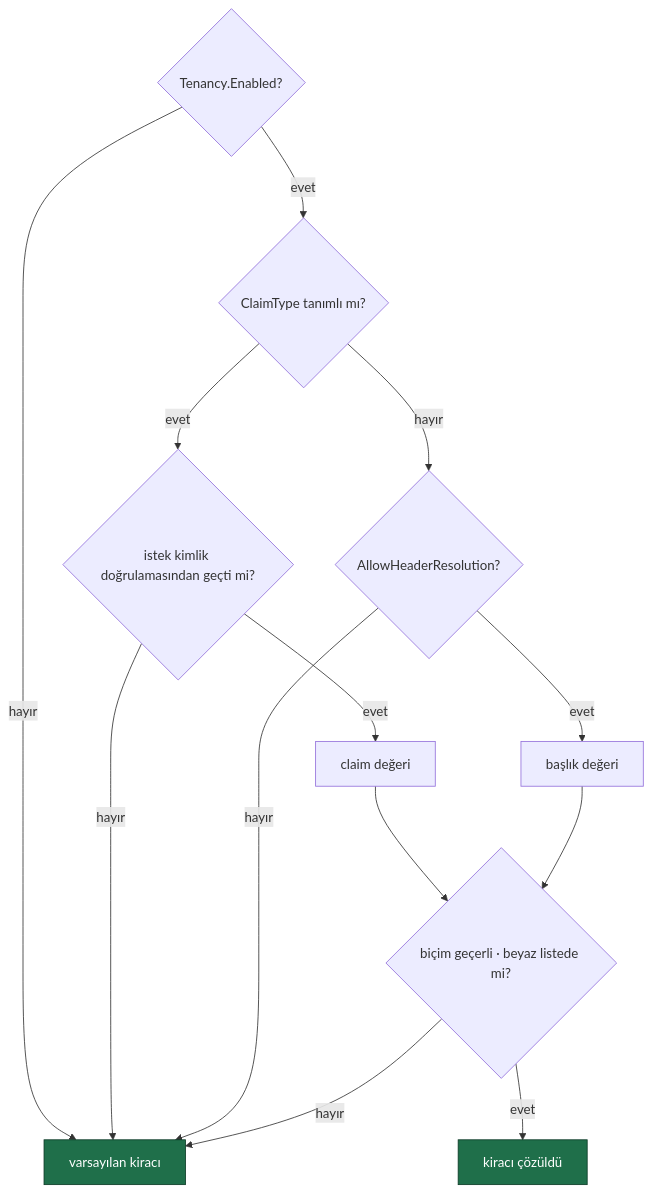
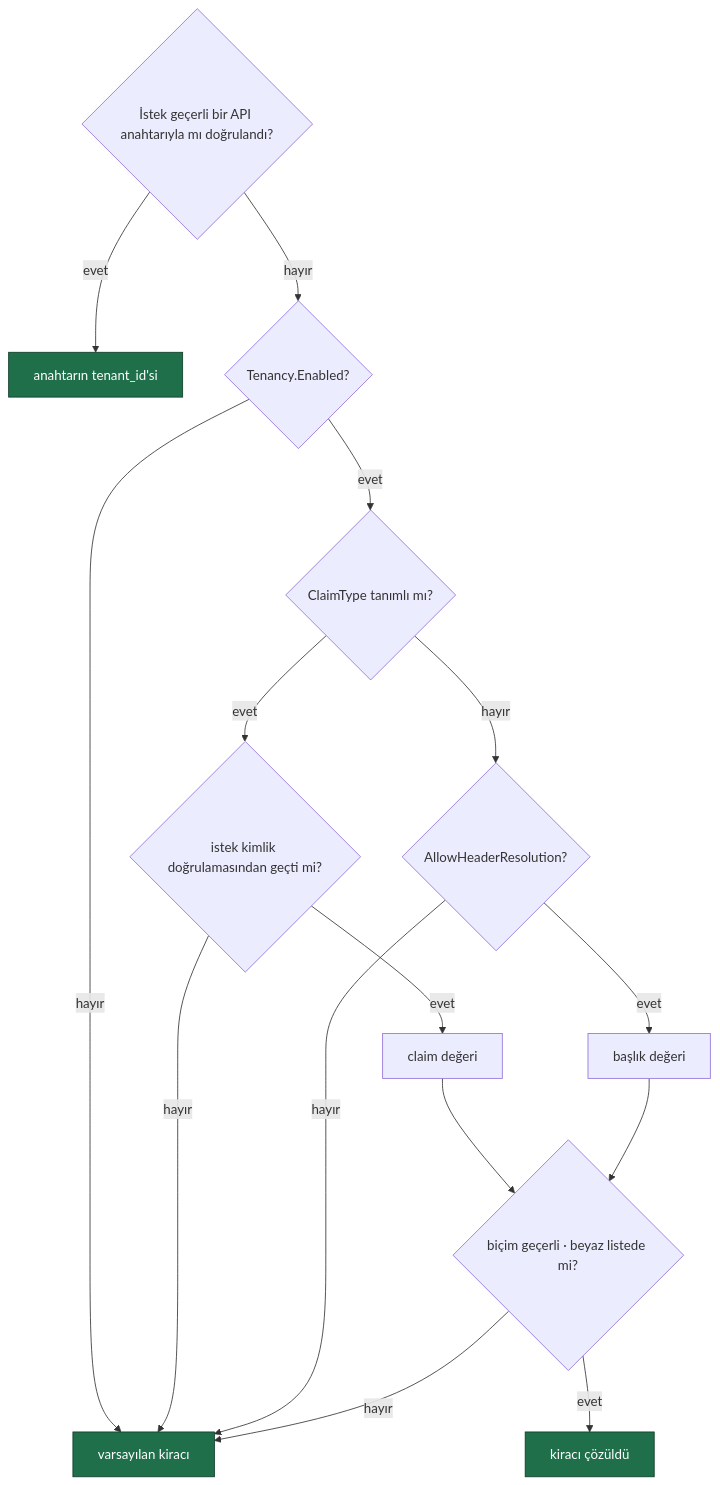
One commit to farukatasoy/Tracon changed the ninth of 9 diagrams in docs/MIMARI.md. Above: the diagram before and after it, drawn with Mermaid. The commit also changed other lines of this file and 65 other files, not shown here.

````diff
--- a/docs/MIMARI.md
+++ b/docs/MIMARI.md
@@ -515,18 +523,19 @@
 ```mermaid
 flowchart TD
-    S{"Tenancy.Enabled?"} -->|hayır| D["varsayılan kiracı"]
+    K{"İstek geçerli bir API anahtarıyla mı doğrulandı?"} -->|evet| KT["anahtarın tenant_id'si"]
+    K -->|hayır| S{"Tenancy.Enabled?"} -->|hayır| D["varsayılan kiracı"]
     S -->|evet| C{"ClaimType tanımlı mı?"}
     C -->|evet| AU{"istek kimlik doğrulamasından geçti mi?"}
     AU -->|evet| CL["claim değeri"]
     AU -->|hayır| D
     C -->|hayır| H{"AllowHeaderResolution?"}
     H -->|evet| HD["başlık değeri"]
     H -->|hayır| D
     CL --> V{"biçim geçerli · beyaz listede mi?"}
     HD --> V
     V -->|evet| T["kiracı çözüldü"]
     V -->|hayır| D
 
     classDef green fill:#1f6f4a,stroke:#0d3b27,color:#ffffff
-    class T,D green
+    class T,D,KT green
 ```
````
